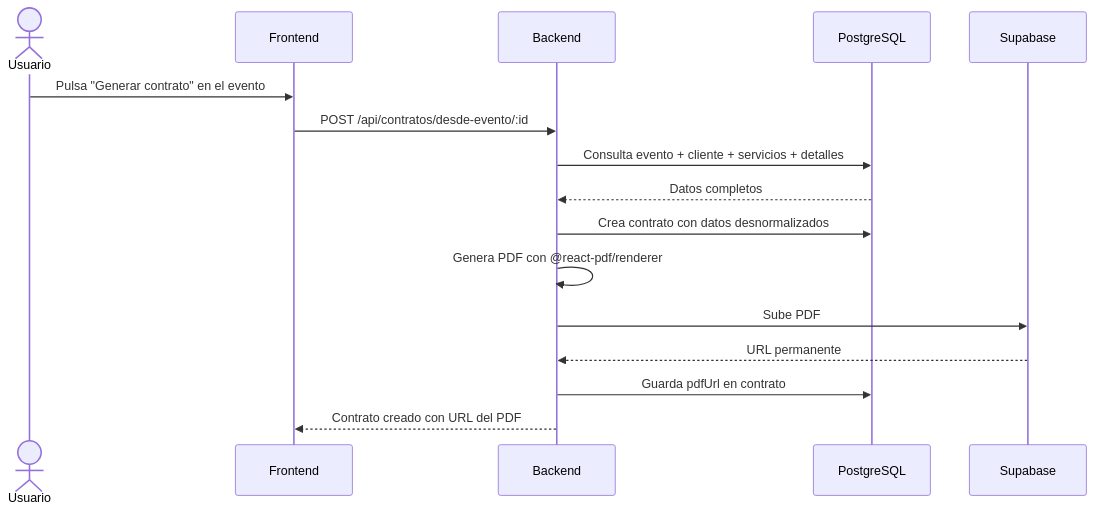
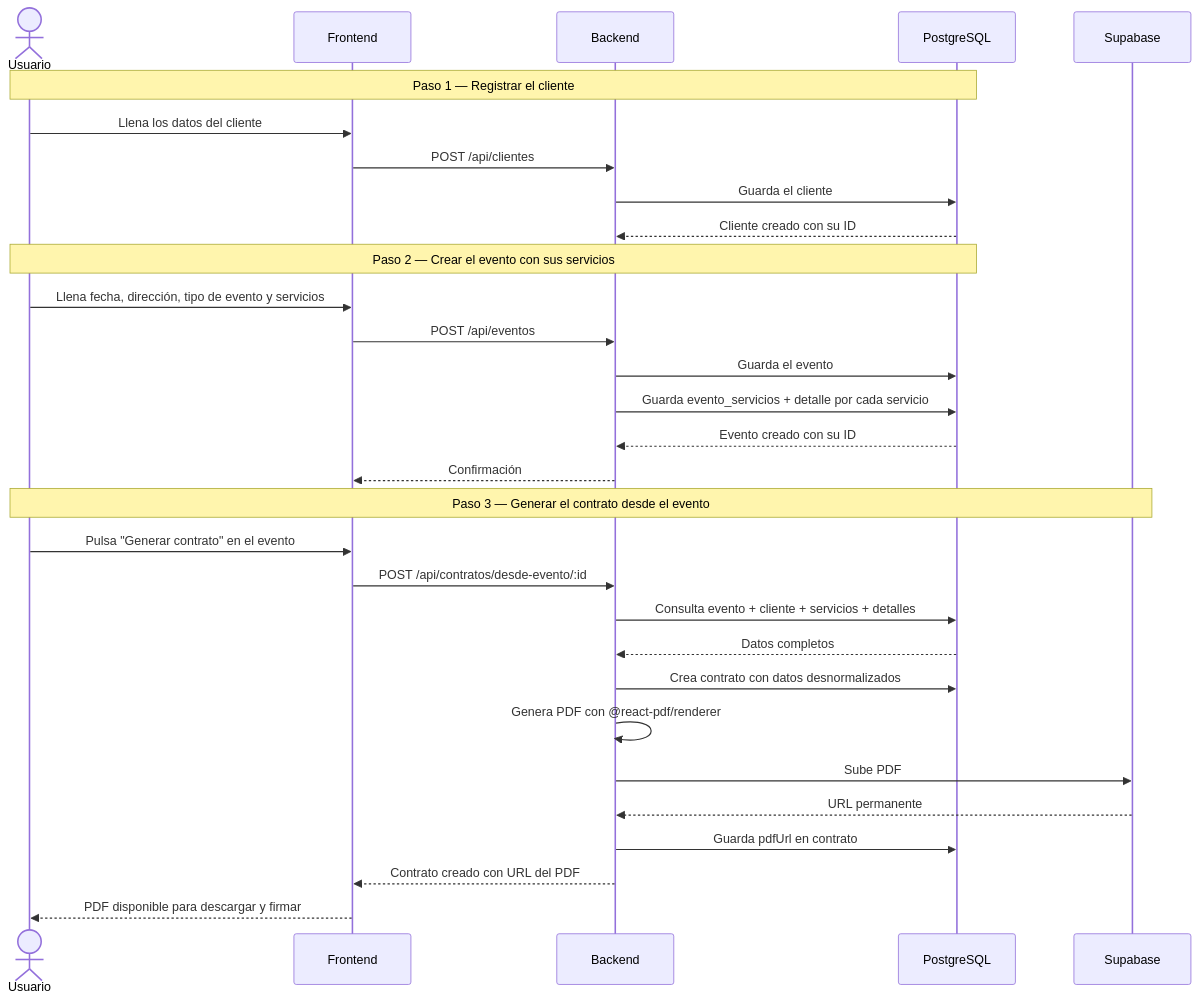
The sixth of 6 diagrams in Diseño-Tecnico.md (atalavera21/MiguelProducciones-GestorEventos), drawn with Mermaid before and after one commit.

Commit message:
fix: Mejoras en el flujo de generación de generación de conrtato desde eventos - Diseño Técnico

````diff
--- a/Diseño-Tecnico.md
+++ b/Diseño-Tecnico.md
@@ -474,19 +474,35 @@
 ```mermaid
 sequenceDiagram
     actor U as Usuario
     participant FE as Frontend
     participant BE as Backend
     participant DB as PostgreSQL
     participant SB as Supabase
 
+    Note over U,DB: Paso 1 — Registrar el cliente
+    U->>FE: Llena los datos del cliente
+    FE->>BE: POST /api/clientes
+    BE->>DB: Guarda el cliente
+    DB-->>BE: Cliente creado con su ID
+
+    Note over U,DB: Paso 2 — Crear el evento con sus servicios
+    U->>FE: Llena fecha, dirección, tipo de evento y servicios
+    FE->>BE: POST /api/eventos
+    BE->>DB: Guarda el evento
+    BE->>DB: Guarda evento_servicios + detalle por cada servicio
+    DB-->>BE: Evento creado con su ID
+    BE-->>FE: Confirmación
+
+    Note over U,SB: Paso 3 — Generar el contrato desde el evento
     U->>FE: Pulsa "Generar contrato" en el evento
     FE->>BE: POST /api/contratos/desde-evento/:id
     BE->>DB: Consulta evento + cliente + servicios + detalles
     DB-->>BE: Datos completos
     BE->>DB: Crea contrato con datos desnormalizados
     BE->>BE: Genera PDF con @react-pdf/renderer
     BE->>SB: Sube PDF
     SB-->>BE: URL permanente
     BE->>DB: Guarda pdfUrl en contrato
     BE-->>FE: Contrato creado con URL del PDF
+    FE-->>U: PDF disponible para descargar y firmar
 ```
````
